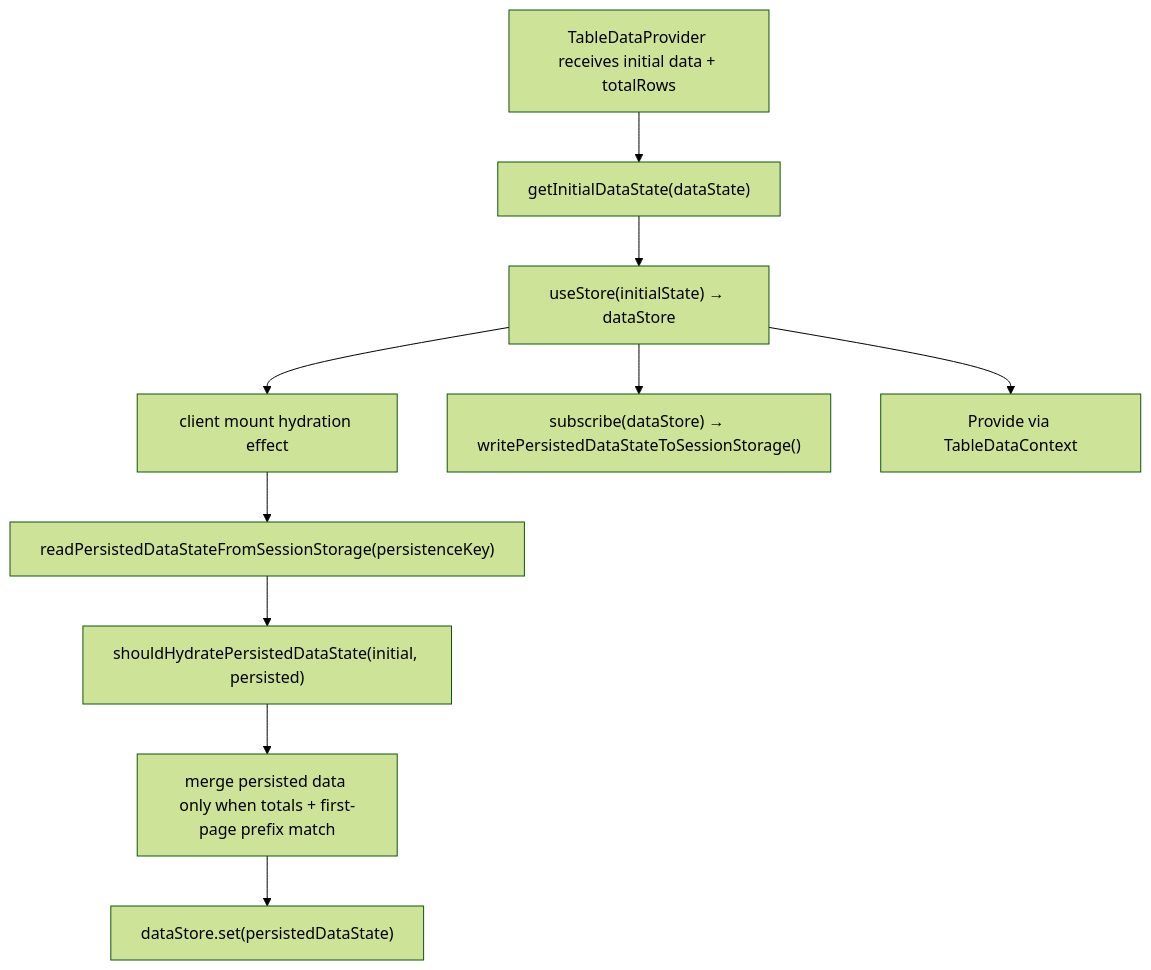
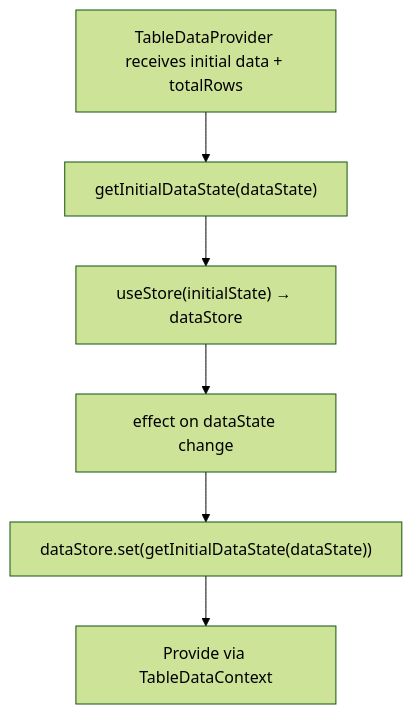
One commit to luciocabrera/lcabrera-stack changed the second of 2 diagrams in apps/react-router/src/components/Table/contexts/TableData/ARCHITECTURE.md. Above: the diagram before and after it, drawn with Mermaid (forest theme). The commit also changed other lines of this file and 16 other files, not shown here.

````diff
--- a/apps/react-router/src/components/Table/contexts/TableData/ARCHITECTURE.md
+++ b/apps/react-router/src/components/Table/contexts/TableData/ARCHITECTURE.md
@@ -67,13 +66,9 @@
 ```mermaid
 graph TD
   A["TableDataProvider receives initial data + totalRows"]
   A --> B["getInitialDataState(dataState)"]
   B --> C["useStore(initialState) → dataStore"]
-  C --> D["client mount hydration effect"]
-  D --> E["readPersistedDataStateFromSessionStorage(persistenceKey)"]
-  E --> F["shouldHydratePersistedDataState(initial, persisted)"]
-  F --> G["merge persisted data only when totals + first-page prefix match"]
-  G --> H["dataStore.set(persistedDataState)"]
-  C --> I["subscribe(dataStore) → writePersistedDataStateToSessionStorage()"]
-  C --> J["Provide via TableDataContext"]
+  C --> D["effect on dataState change"]
+  D --> E["dataStore.set(getInitialDataState(dataState))"]
+  E --> F["Provide via TableDataContext"]
 ```
````
